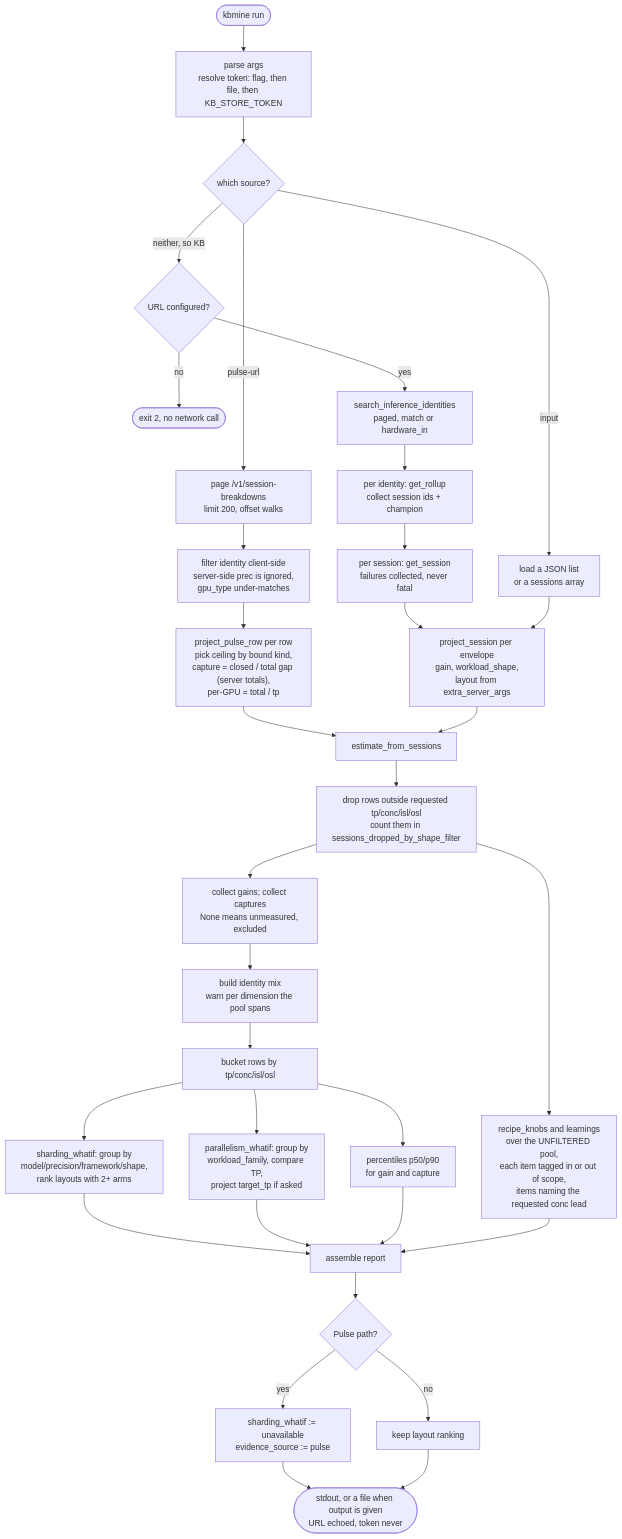
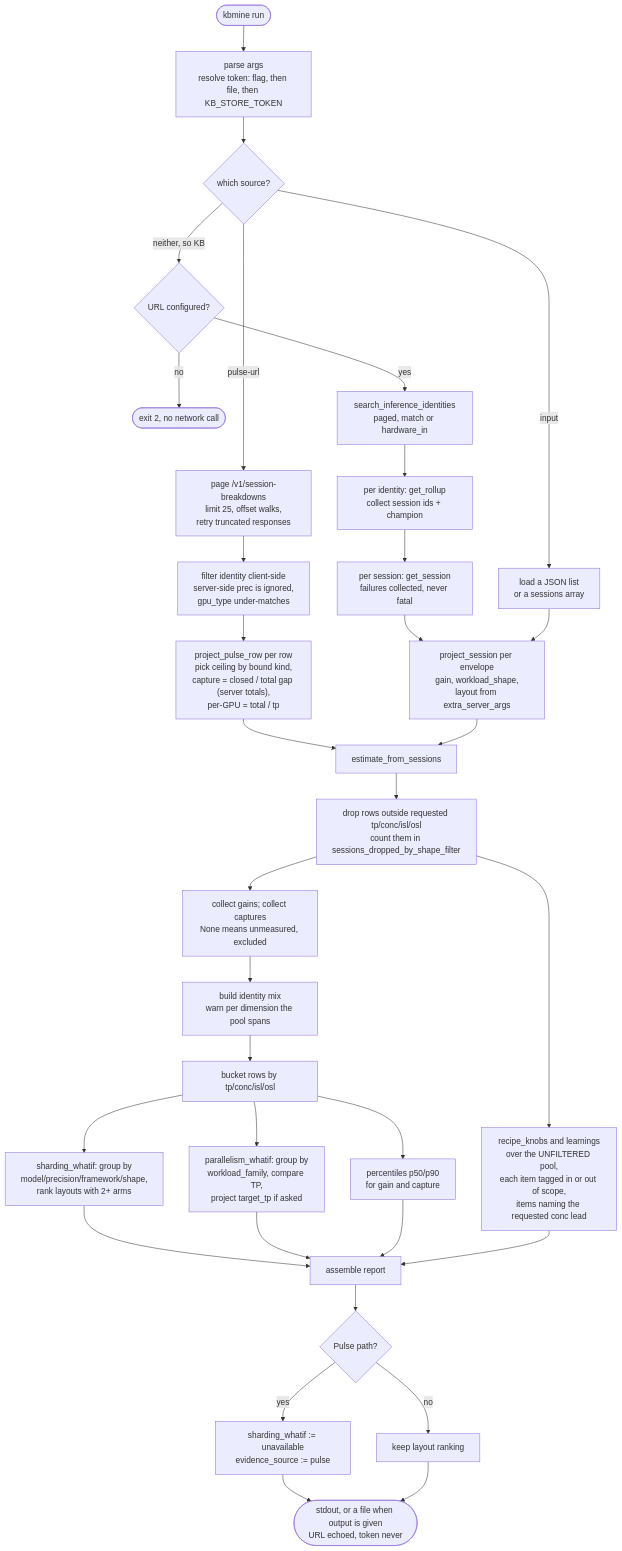
Before and after one commit to AMD-AGI/Hyperloom: the second of 3 diagrams in tools/kbmine/docs/architecture.md, drawn with Mermaid. The commit also changed other lines of this file and 2 other files, not shown here.

````diff
--- a/tools/kbmine/docs/architecture.md
+++ b/tools/kbmine/docs/architecture.md
@@ -99,41 +99,41 @@
 ```mermaid
 flowchart TD
     START(["kbmine run"]) --> ARGS["parse args<br/>resolve token: flag, then file, then KB_STORE_TOKEN"]
     ARGS --> PICK{"which source?"}
 
     PICK -->|"input"| OFF["load a JSON list<br/>or a sessions array"]
 
-    PICK -->|"pulse-url"| P1["page /v1/session-breakdowns<br/>limit 200, offset walks"]
+    PICK -->|"pulse-url"| P1["page /v1/session-breakdowns<br/>limit 25, offset walks,<br/>retry truncated responses"]
     P1 --> P2["filter identity client-side<br/>server-side prec is ignored,<br/>gpu_type under-matches"]
     P2 --> P3["project_pulse_row per row<br/>pick ceiling by bound kind,<br/>capture = closed / total gap (server totals),<br/>per-GPU = total / tp"]
 
     PICK -->|"neither, so KB"| K0{"URL configured?"}
     K0 -->|"no"| K0X(["exit 2, no network call"])
     K0 -->|"yes"| K1["search_inference_identities<br/>paged, match or hardware_in"]
     K1 --> K2["per identity: get_rollup<br/>collect session ids + champion"]
     K2 --> K3["per session: get_session<br/>failures collected, never fatal"]
     K3 --> K4["project_session per envelope<br/>gain, workload_shape,<br/>layout from extra_server_args"]
 
     OFF --> K4
     P3 --> AGG
     K4 --> AGG["estimate_from_sessions"]
 
     AGG --> S1["drop rows outside requested tp/conc/isl/osl<br/>count them in sessions_dropped_by_shape_filter"]
     S1 --> S2["collect gains; collect captures<br/>None means unmeasured, excluded"]
     S2 --> S3["build identity mix<br/>warn per dimension the pool spans"]
     S3 --> S4["bucket rows by tp/conc/isl/osl"]
     S4 --> S5["sharding_whatif: group by<br/>model/precision/framework/shape,<br/>rank layouts with 2+ arms"]
     S4 --> S6["parallelism_whatif: group by<br/>workload_family, compare TP,<br/>project target_tp if asked"]
     S4 --> S7["percentiles p50/p90<br/>for gain and capture"]
     S1 --> S8["recipe_knobs and learnings<br/>over the UNFILTERED pool,<br/>each item tagged in or out of scope,<br/>items naming the requested conc lead"]
 
     S5 --> OUT
     S6 --> OUT
     S7 --> OUT
     S8 --> OUT["assemble report"]
     OUT --> PATCH{"Pulse path?"}
     PATCH -->|"yes"| PX["sharding_whatif := unavailable<br/>evidence_source := pulse"]
     PATCH -->|"no"| PY["keep layout ranking"]
     PX --> FIN
     PY --> FIN(["stdout, or a file when output is given<br/>URL echoed, token never"])
 ```
````
